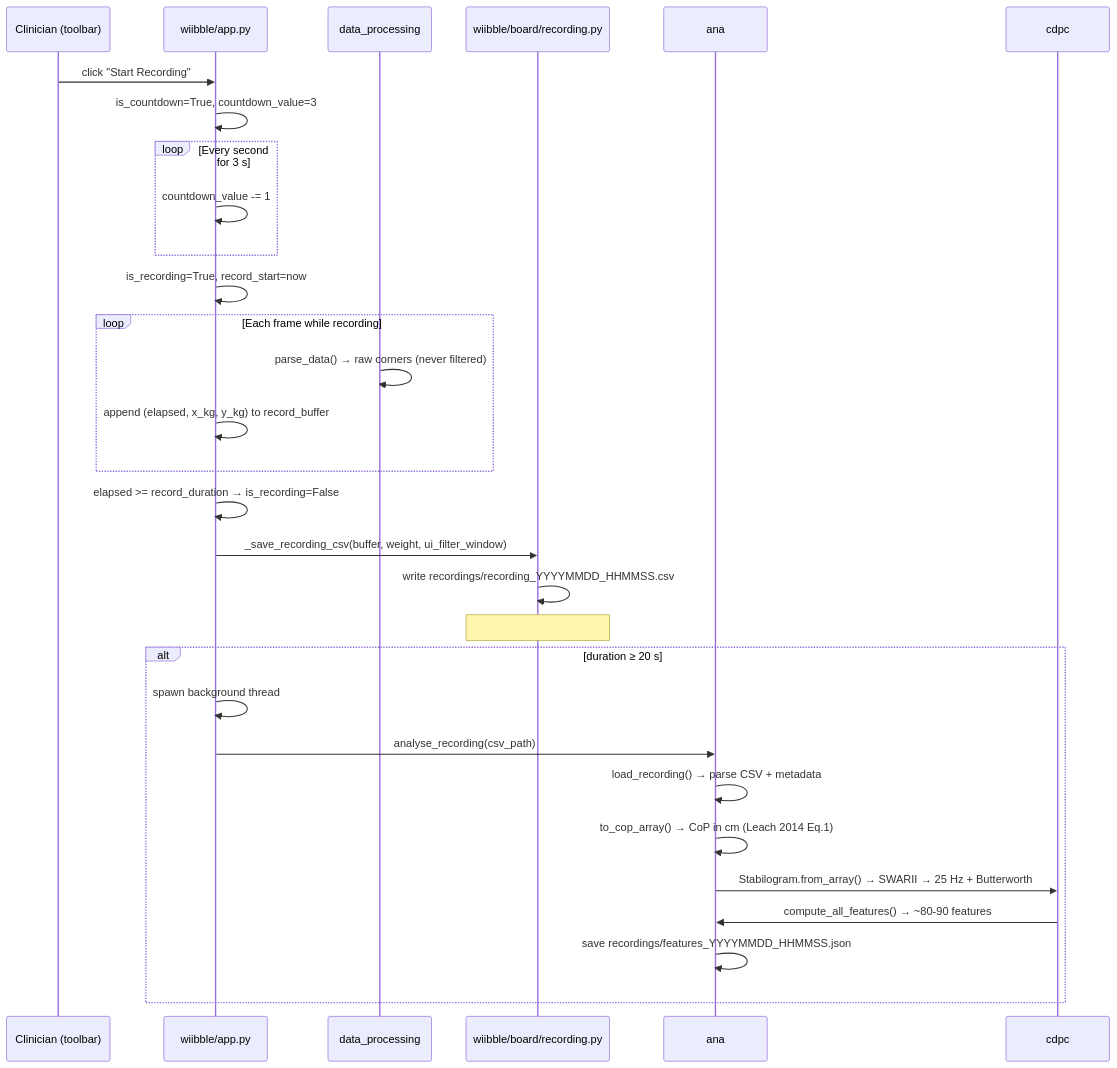
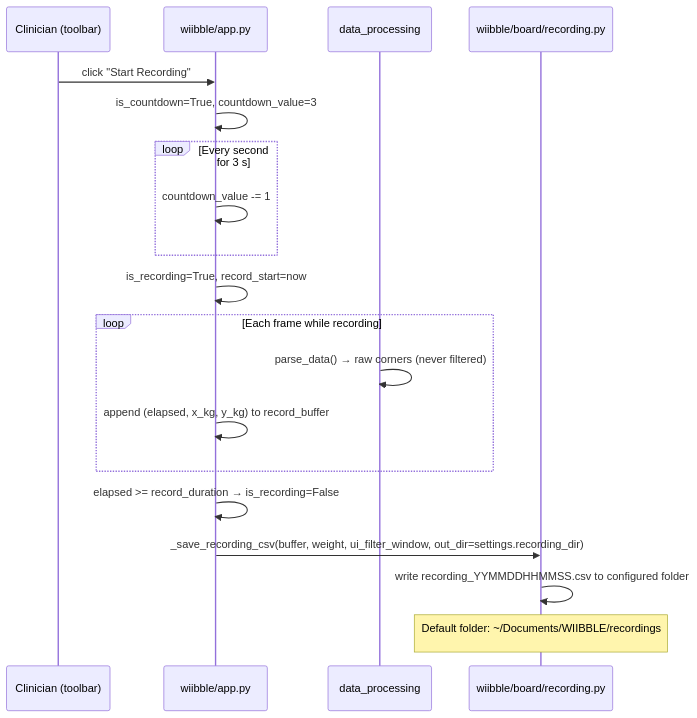
Before and after one commit to NeuroRehack/WIIBBLE: the sixth of 7 diagrams in docs/dev/architecture.md, drawn with Mermaid. The commit also changed other lines of this file and 8 other files, not shown here.

First line of the commit message:
feat(cli): use settings recordings path and add report batch mode

````diff
--- a/docs/dev/architecture.md
+++ b/docs/dev/architecture.md
@@ -142,34 +142,24 @@
 ```mermaid
 sequenceDiagram
     participant cli as Clinician (toolbar)
     participant app as wiibble/app.py
     participant dp as data_processing
     participant rec as wiibble/board/recording.py
 
     cli->>app: click "Start Recording"
     app->>app: is_countdown=True, countdown_value=3
     loop Every second for 3 s
         app->>app: countdown_value -= 1
     end
     app->>app: is_recording=True, record_start=now
 
     loop Each frame while recording
         dp->>dp: parse_data() → raw corners (never filtered)
         app->>app: append (elapsed, x_kg, y_kg) to record_buffer
     end
 
     app->>app: elapsed >= record_duration → is_recording=False
-    app->>rec: _save_recording_csv(buffer, weight, ui_filter_window)
-    rec->>rec: write recordings/recording_YYYYMMDD_HHMMSS.csv
-    Note over rec: # total_weight_kg, # ui_filter_window written as metadata comments
-
-    alt duration ≥ 20 s
-        app->>app: spawn background thread
-        app->>ana: analyse_recording(csv_path)
-        ana->>ana: load_recording() → parse CSV + metadata
-        ana->>ana: to_cop_array() → CoP in cm (Leach 2014 Eq.1)
-        ana->>cdpc: Stabilogram.from_array() → SWARII → 25 Hz + Butterworth
-        cdpc->>ana: compute_all_features() → ~80-90 features
-        ana->>ana: save recordings/features_YYYYMMDD_HHMMSS.json
-    end
+    app->>rec: _save_recording_csv(buffer, weight, ui_filter_window, out_dir=settings.recording_dir)
+    rec->>rec: write recording_YYMMDDHHMMSS.csv to configured folder
+    Note over rec: Default folder: ~/Documents/WIIBBLE/recordings<br/># total_weight_kg, # ui_filter_window metadata comments
 ```
````
